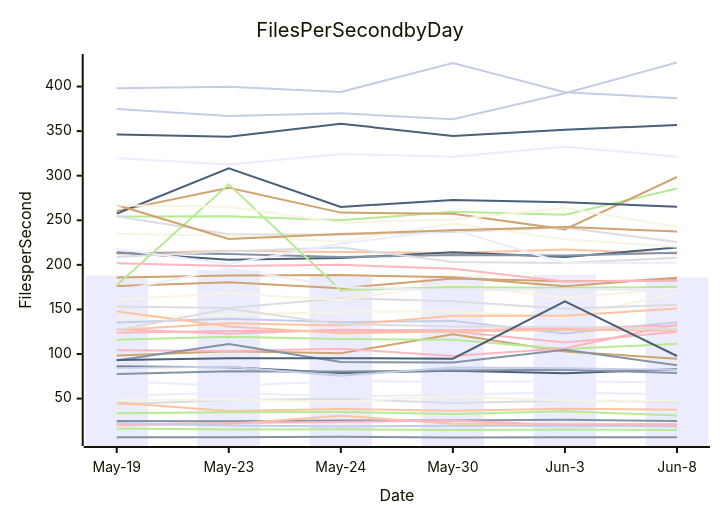
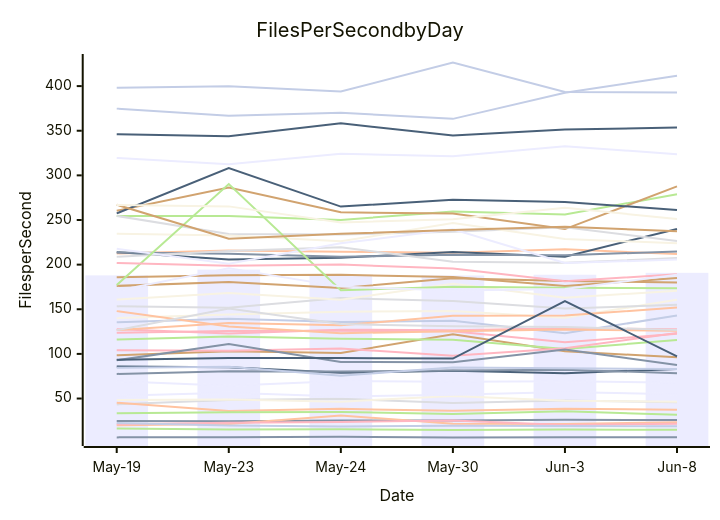
The diagram in perf-report.md (streetsidesoftware/cspell), drawn with Mermaid before and after one commit. The commit also changed other lines of this file and 2 other files, not shown here.

````diff
--- a/perf-report.md
+++ b/perf-report.md
@@ -11,57 +11,57 @@
 ```mermaid
 xychart-beta
     title Files Per Second by Day
     y-axis Files per Second
     x-axis Date [May-19, May-23, May-24, May-30, Jun-3, Jun-8]
-    bar [187.94, 194.38, 187.53, 187.84, 188.70, 185.94]
-    line [24.84, 24.48, 25.27, 25.51, 26.21, 24.98]
-    line [20.00, 21.53, 30.85, 21.86, 21.33, 21.39]
-    line [43.44, 48.37, 49.79, 45.03, 47.69, 46.53]
-    line [16.48, 15.39, 15.58, 14.86, 15.18, 14.82]
-    line [98.35, 102.96, 100.96, 122.12, 102.88, 94.63]
-    line [374.77, 366.83, 370.08, 363.31, 392.45, 426.97]
-    line [123.77, 125.73, 125.94, 125.35, 112.95, 124.98]
-    line [85.95, 85.08, 78.77, 81.14, 78.40, 82.91]
-    line [140.07, 144.01, 147.15, 148.03, 140.54, 168.50]
-    line [69.47, 64.25, 69.53, 68.78, 69.37, 68.04]
-    line [77.54, 80.59, 80.29, 81.53, 82.29, 78.66]
-    line [212.55, 215.84, 214.38, 213.29, 217.13, 212.41]
-    line [153.28, 151.73, 162.52, 159.30, 150.77, 155.35]
-    line [254.35, 254.61, 250.00, 259.58, 256.09, 285.68]
-    line [260.36, 286.42, 258.60, 257.18, 239.81, 298.54]
-    line [135.42, 139.50, 135.65, 137.15, 123.09, 135.75]
-    line [21.05, 22.73, 23.64, 25.47, 20.39, 20.42]
-    line [213.89, 205.67, 207.63, 214.21, 208.82, 219.49]
-    line [160.94, 168.26, 160.60, 178.51, 162.97, 173.49]
-    line [319.57, 312.48, 324.31, 321.30, 332.58, 321.33]
-    line [213.72, 212.23, 208.69, 211.05, 210.52, 213.61]
-    line [45.35, 36.07, 38.42, 36.32, 38.54, 37.53]
-    line [254.57, 234.26, 233.79, 236.78, 241.94, 225.54]
-    line [33.61, 34.69, 34.94, 32.78, 35.79, 30.94]
-    line [185.86, 188.16, 188.58, 186.13, 176.02, 185.66]
-    line [22.53, 19.87, 18.72, 19.42, 19.15, 18.57]
-    line [127.71, 122.71, 127.15, 126.61, 128.67, 132.07]
-    line [257.39, 308.24, 265.00, 272.73, 270.27, 265.09]
-    line [48.29, 48.86, 46.46, 52.80, 47.62, 47.34]
-    line [53.17, 56.48, 52.20, 54.24, 57.32, 54.17]
-    line [6.48, 6.70, 7.10, 6.34, 6.74, 6.63]
-    line [147.92, 130.77, 123.22, 125.33, 127.25, 126.20]
-    line [208.87, 215.23, 219.43, 203.27, 201.99, 207.99]
-    line [116.06, 119.43, 116.84, 115.92, 105.51, 111.49]
-    line [176.15, 180.59, 173.73, 184.72, 181.71, 182.64]
-    line [84.52, 85.73, 75.59, 84.88, 83.99, 82.22]
-    line [104.19, 103.43, 105.92, 97.87, 106.45, 133.15]
-    line [346.15, 343.69, 358.26, 344.65, 351.41, 356.96]
-    line [234.71, 232.57, 226.13, 246.49, 228.60, 220.30]
-    line [217.73, 200.96, 223.84, 239.63, 201.75, 202.36]
-    line [92.82, 111.10, 90.94, 90.56, 104.84, 87.37]
-    line [126.78, 134.48, 131.99, 142.83, 143.00, 151.04]
-    line [126.61, 150.87, 133.44, 130.84, 130.22, 128.36]
-    line [177.15, 290.28, 171.42, 175.26, 173.98, 175.35]
-    line [267.13, 229.05, 234.58, 238.79, 242.50, 237.35]
-    line [398.12, 399.78, 393.93, 426.44, 393.52, 386.97]
-    line [201.86, 198.76, 200.08, 195.61, 181.39, 182.13]
-    line [93.35, 95.34, 95.32, 94.79, 159.13, 97.78]
-    line [266.74, 265.26, 247.18, 250.86, 263.73, 242.46]
-    line [170.67, 195.94, 175.36, 171.10, 172.66, 171.37]
+    bar [187.94, 194.38, 187.53, 187.84, 188.70, 190.81]
+    line [24.84, 24.48, 25.27, 25.51, 26.21, 25.84]
+    line [20.00, 21.53, 30.85, 21.86, 21.33, 23.44]
+    line [43.44, 48.37, 49.79, 45.03, 47.69, 45.74]
+    line [16.48, 15.39, 15.58, 14.86, 15.18, 15.02]
+    line [98.35, 102.96, 100.96, 122.12, 102.88, 96.25]
+    line [374.77, 366.83, 370.08, 363.31, 392.45, 411.63]
+    line [123.77, 125.73, 125.94, 125.35, 112.95, 122.50]
+    line [85.95, 85.08, 78.77, 81.14, 78.40, 83.02]
+    line [140.07, 144.01, 147.15, 148.03, 140.54, 160.74]
+    line [69.47, 64.25, 69.53, 68.78, 69.37, 67.74]
+    line [77.54, 80.59, 80.29, 81.53, 82.29, 78.36]
+    line [212.55, 215.84, 214.38, 213.29, 217.13, 211.77]
+    line [153.28, 151.73, 162.52, 159.30, 150.77, 155.04]
+    line [254.35, 254.61, 250.00, 259.58, 256.09, 278.90]
+    line [260.36, 286.42, 258.60, 257.18, 239.81, 287.65]
+    line [135.42, 139.50, 135.65, 137.15, 123.09, 142.96]
+    line [21.05, 22.73, 23.64, 25.47, 20.39, 21.85]
+    line [213.89, 205.67, 207.63, 214.21, 208.82, 240.01]
+    line [160.94, 168.26, 160.60, 178.51, 162.97, 170.78]
+    line [319.57, 312.48, 324.31, 321.30, 332.58, 323.78]
+    line [213.72, 212.23, 208.69, 211.05, 210.52, 214.78]
+    line [45.35, 36.07, 38.42, 36.32, 38.54, 37.33]
+    line [254.57, 234.26, 233.79, 236.78, 241.94, 226.60]
+    line [33.61, 34.69, 34.94, 32.78, 35.79, 31.73]
+    line [185.86, 188.16, 188.58, 186.13, 176.02, 184.92]
+    line [22.53, 19.87, 18.72, 19.42, 19.15, 19.01]
+    line [127.71, 122.71, 127.15, 126.61, 128.67, 127.50]
+    line [257.39, 308.24, 265.00, 272.73, 270.27, 261.13]
+    line [48.29, 48.86, 46.46, 52.80, 47.62, 46.28]
+    line [53.17, 56.48, 52.20, 54.24, 57.32, 54.91]
+    line [6.48, 6.70, 7.10, 6.34, 6.74, 6.70]
+    line [147.92, 130.77, 123.22, 125.33, 127.25, 125.89]
+    line [208.87, 215.23, 219.43, 203.27, 201.99, 207.37]
+    line [116.06, 119.43, 116.84, 115.92, 105.51, 115.54]
+    line [176.15, 180.59, 173.73, 184.72, 181.71, 179.92]
+    line [84.52, 85.73, 75.59, 84.88, 83.99, 83.05]
+    line [104.19, 103.43, 105.92, 97.87, 106.45, 123.34]
+    line [346.15, 343.69, 358.26, 344.65, 351.41, 353.54]
+    line [234.71, 232.57, 226.13, 246.49, 228.60, 224.05]
+    line [217.73, 200.96, 223.84, 239.63, 201.75, 205.74]
+    line [92.82, 111.10, 90.94, 90.56, 104.84, 87.60]
+    line [126.78, 134.48, 131.99, 142.83, 143.00, 151.99]
+    line [126.61, 150.87, 133.44, 130.84, 130.22, 126.80]
+    line [177.15, 290.28, 171.42, 175.26, 173.98, 173.63]
+    line [267.13, 229.05, 234.58, 238.79, 242.50, 237.41]
+    line [398.12, 399.78, 393.93, 426.44, 393.52, 392.96]
+    line [201.86, 198.76, 200.08, 195.61, 181.39, 189.21]
+    line [93.35, 95.34, 95.32, 94.79, 159.13, 97.18]
+    line [266.74, 265.26, 247.18, 250.86, 263.73, 251.08]
+    line [170.67, 195.94, 175.36, 171.10, 172.66, 188.61]
 ```
````
